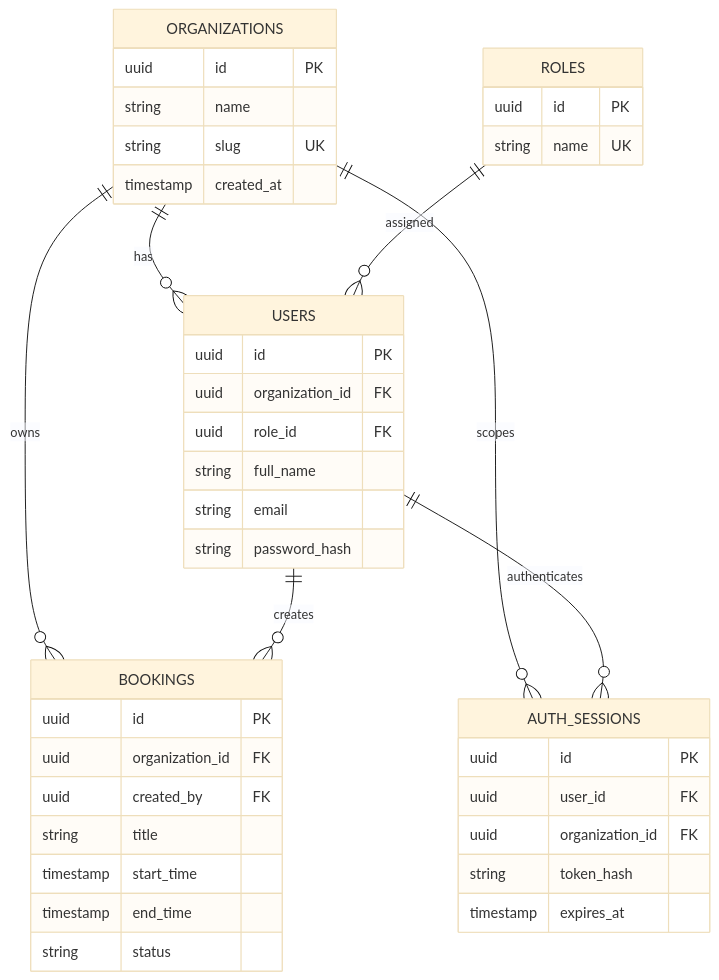
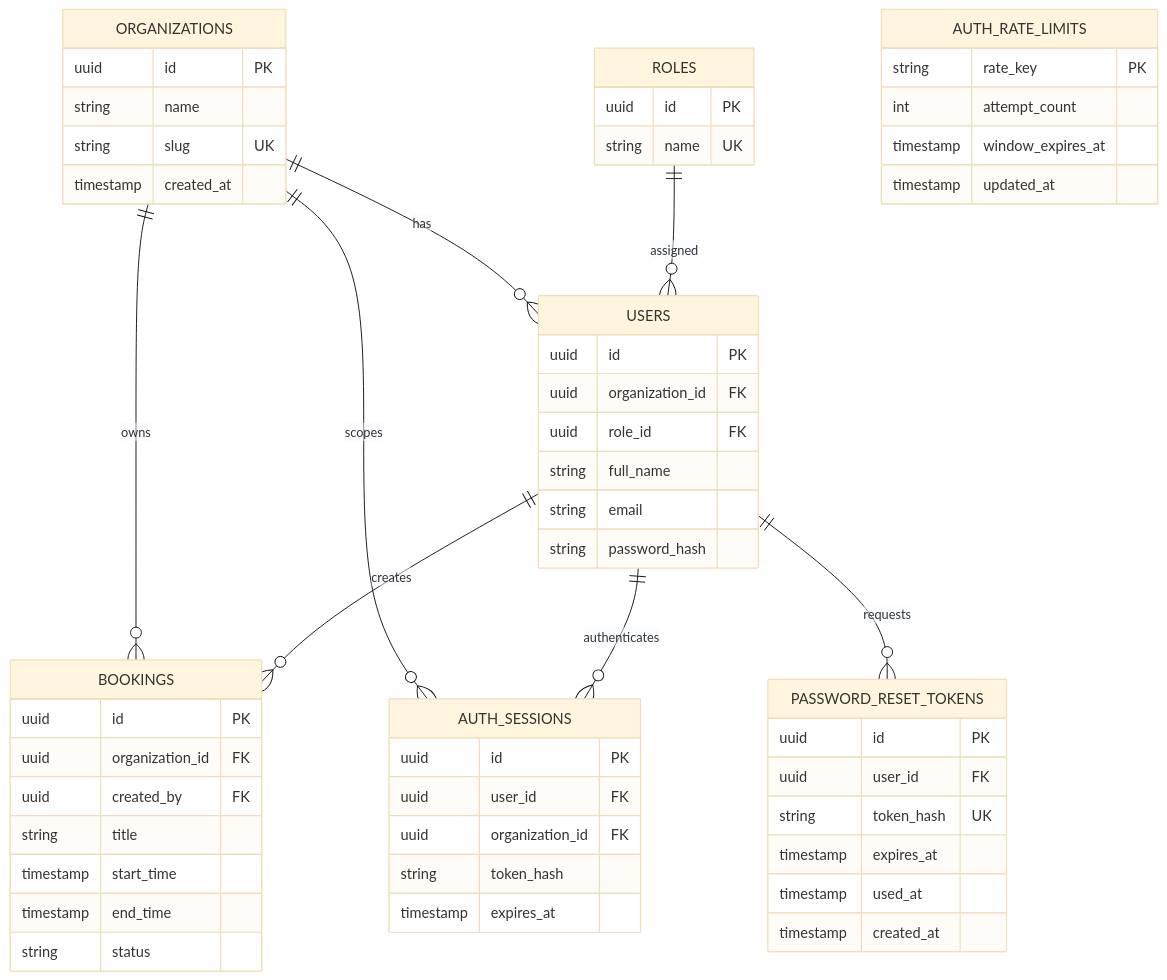
The second of 3 diagrams in README.md (foryasith/tenantflow), drawn with Mermaid (base theme) before and after one commit. The commit also changed other lines of this file, not shown here.

Commit message:
docs: update Week 1 architecture, authentication and security

````diff
--- a/README.md
+++ b/README.md
@@ -48,48 +116,67 @@
 ```mermaid
 erDiagram
     ORGANIZATIONS ||--o{ USERS : has
     ORGANIZATIONS ||--o{ BOOKINGS : owns
     ORGANIZATIONS ||--o{ AUTH_SESSIONS : scopes
+
     ROLES ||--o{ USERS : assigned
+
     USERS ||--o{ BOOKINGS : creates
     USERS ||--o{ AUTH_SESSIONS : authenticates
+    USERS ||--o{ PASSWORD_RESET_TOKENS : requests
 
     ORGANIZATIONS {
         uuid id PK
         string name
         string slug UK
         timestamp created_at
     }
 
     ROLES {
         uuid id PK
         string name UK
     }
 
     USERS {
         uuid id PK
         uuid organization_id FK
         uuid role_id FK
         string full_name
         string email
         string password_hash
     }
 
     BOOKINGS {
         uuid id PK
         uuid organization_id FK
         uuid created_by FK
         string title
         timestamp start_time
         timestamp end_time
         string status
     }
 
     AUTH_SESSIONS {
         uuid id PK
         uuid user_id FK
         uuid organization_id FK
         string token_hash
         timestamp expires_at
     }
+
+    PASSWORD_RESET_TOKENS {
+        uuid id PK
+        uuid user_id FK
+        string token_hash UK
+        timestamp expires_at
+        timestamp used_at
+        timestamp created_at
+    }
+
+    AUTH_RATE_LIMITS {
+        string rate_key PK
+        int attempt_count
+        timestamp window_expires_at
+        timestamp updated_at
+    }
 ```
````
